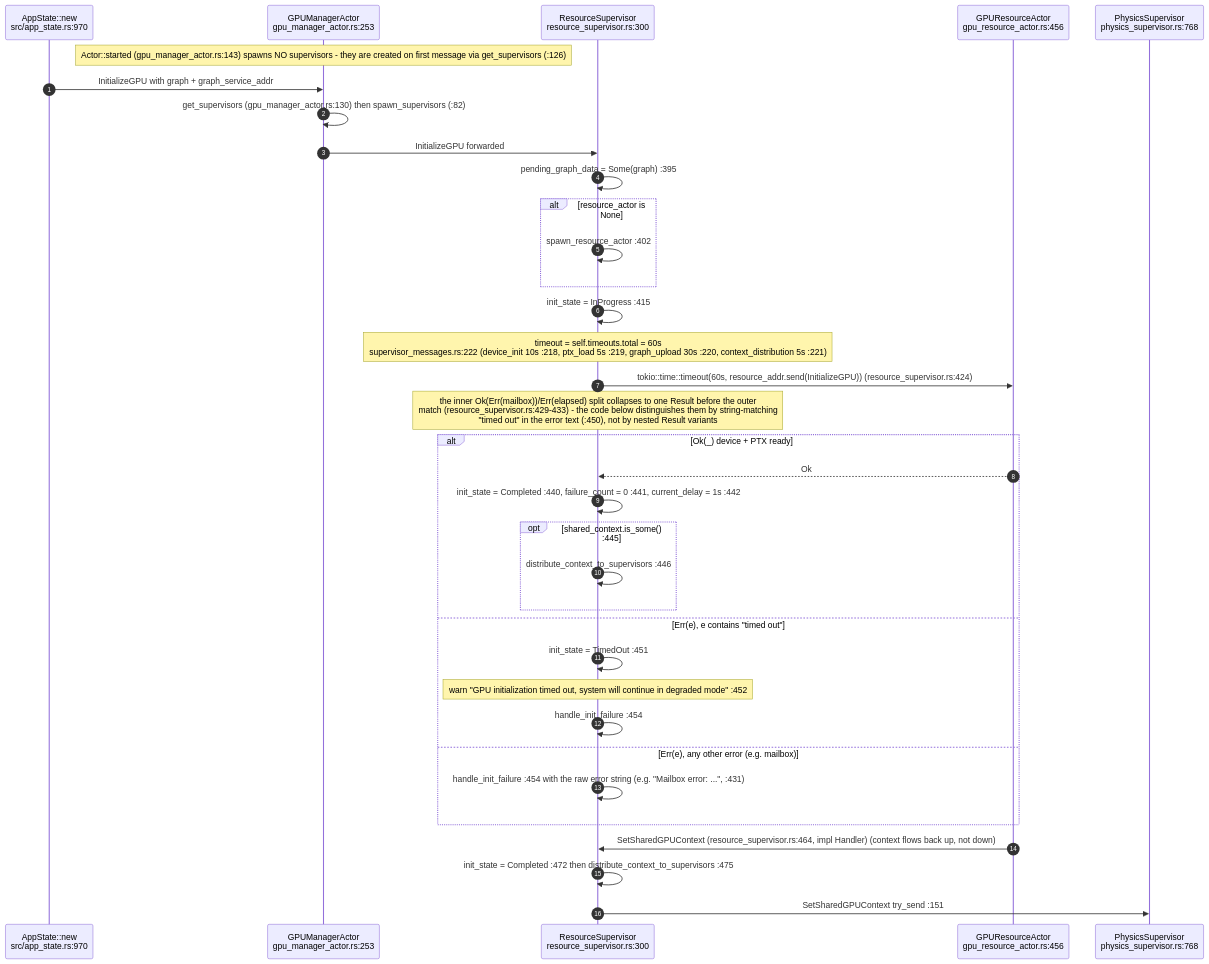
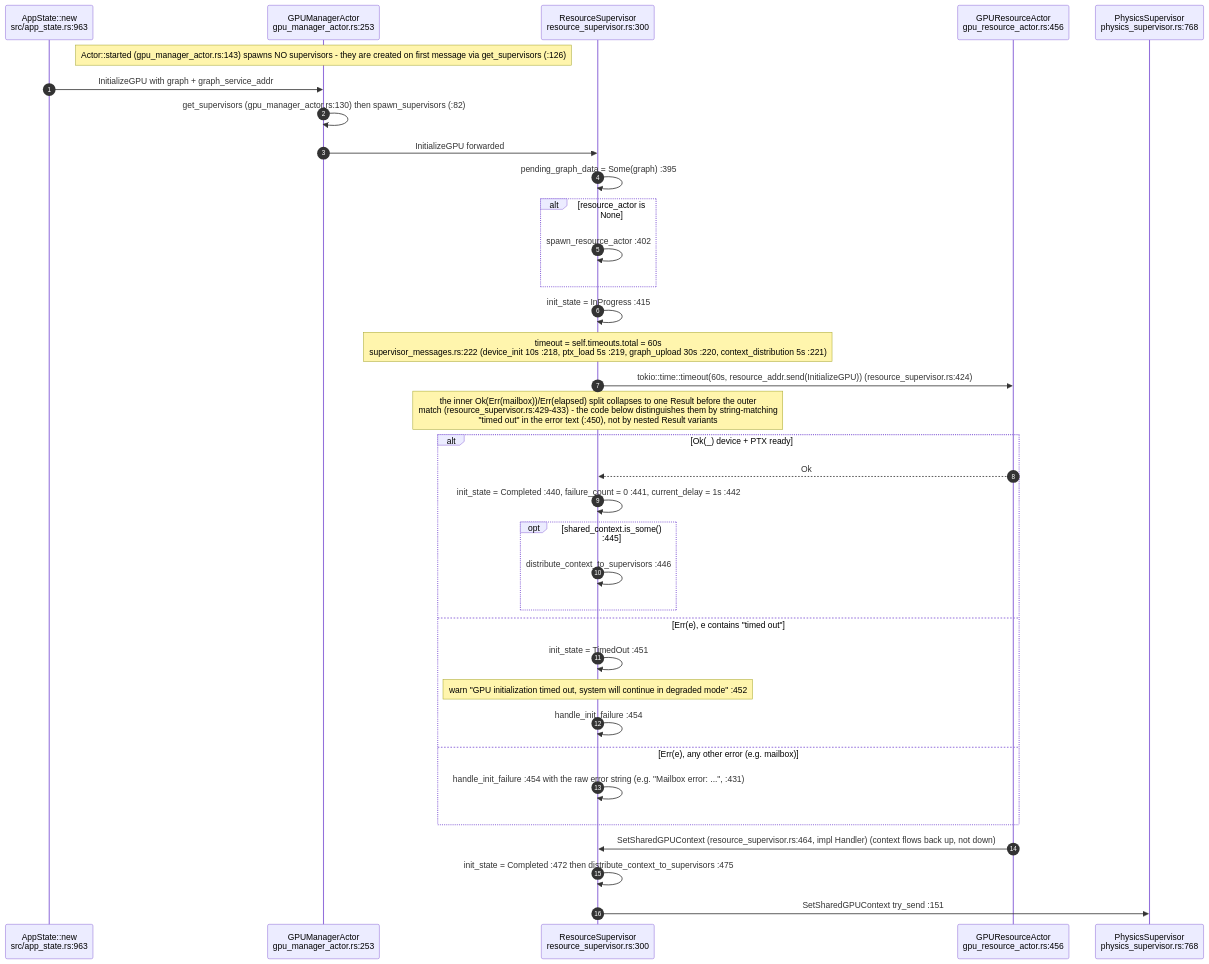
The second of 10 diagrams in docs/diagrams/visionclaw/10-gpu-supervision-and-context-bus.md (DreamLab-AI/VisionFlow), drawn with Mermaid before and after one commit. The commit also changed other lines of this file and 32 other files, not shown here.

````diff
--- a/docs/diagrams/visionclaw/10-gpu-supervision-and-context-bus.md
+++ b/docs/diagrams/visionclaw/10-gpu-supervision-and-context-bus.md
@@ -86,38 +86,38 @@
 ```mermaid
 sequenceDiagram
     autonumber
-    participant APP as AppState::new<br/>src/app_state.rs:970
+    participant APP as AppState::new<br/>src/app_state.rs:963
     participant GM as GPUManagerActor<br/>gpu_manager_actor.rs:253
     participant RS as ResourceSupervisor<br/>resource_supervisor.rs:300
     participant GRA as GPUResourceActor<br/>gpu_resource_actor.rs:456
     participant PS as PhysicsSupervisor<br/>physics_supervisor.rs:768
 
     Note over GM: Actor::started (gpu_manager_actor.rs:143) spawns NO supervisors - they are created on first message via get_supervisors (:126)
     APP->>GM: InitializeGPU with graph + graph_service_addr
     GM->>GM: get_supervisors (gpu_manager_actor.rs:130) then spawn_supervisors (:82)
     GM->>RS: InitializeGPU forwarded
     RS->>RS: pending_graph_data = Some(graph) :395
     alt resource_actor is None
         RS->>RS: spawn_resource_actor :402
     end
     RS->>RS: init_state = InProgress :415
     Note over RS: timeout = self.timeouts.total = 60s<br/>supervisor_messages.rs:222 (device_init 10s :218, ptx_load 5s :219, graph_upload 30s :220, context_distribution 5s :221)
     RS->>GRA: tokio::time::timeout(60s, resource_addr.send(InitializeGPU)) (resource_supervisor.rs:424)
     Note over RS: the inner Ok(Err(mailbox))/Err(elapsed) split collapses to one Result before the outer<br/>match (resource_supervisor.rs:429-433) - the code below distinguishes them by string-matching<br/>"timed out" in the error text (:450), not by nested Result variants
     alt Ok(_) device + PTX ready
         GRA-->>RS: Ok
         RS->>RS: init_state = Completed :440, failure_count = 0 :441, current_delay = 1s :442
         opt shared_context.is_some() :445
             RS->>RS: distribute_context_to_supervisors :446
         end
     else Err(e), e contains "timed out"
         RS->>RS: init_state = TimedOut :451
         Note over RS: warn "GPU initialization timed out, system will continue in degraded mode" :452
         RS->>RS: handle_init_failure :454
     else Err(e), any other error (e.g. mailbox)
         RS->>RS: handle_init_failure :454 with the raw error string (e.g. "Mailbox error: ...", :431)
     end
     GRA->>RS: SetSharedGPUContext (resource_supervisor.rs:464, impl Handler) (context flows back up, not down)
     RS->>RS: init_state = Completed :472 then distribute_context_to_supervisors :475
     RS->>PS: SetSharedGPUContext try_send :151
 ```
````
